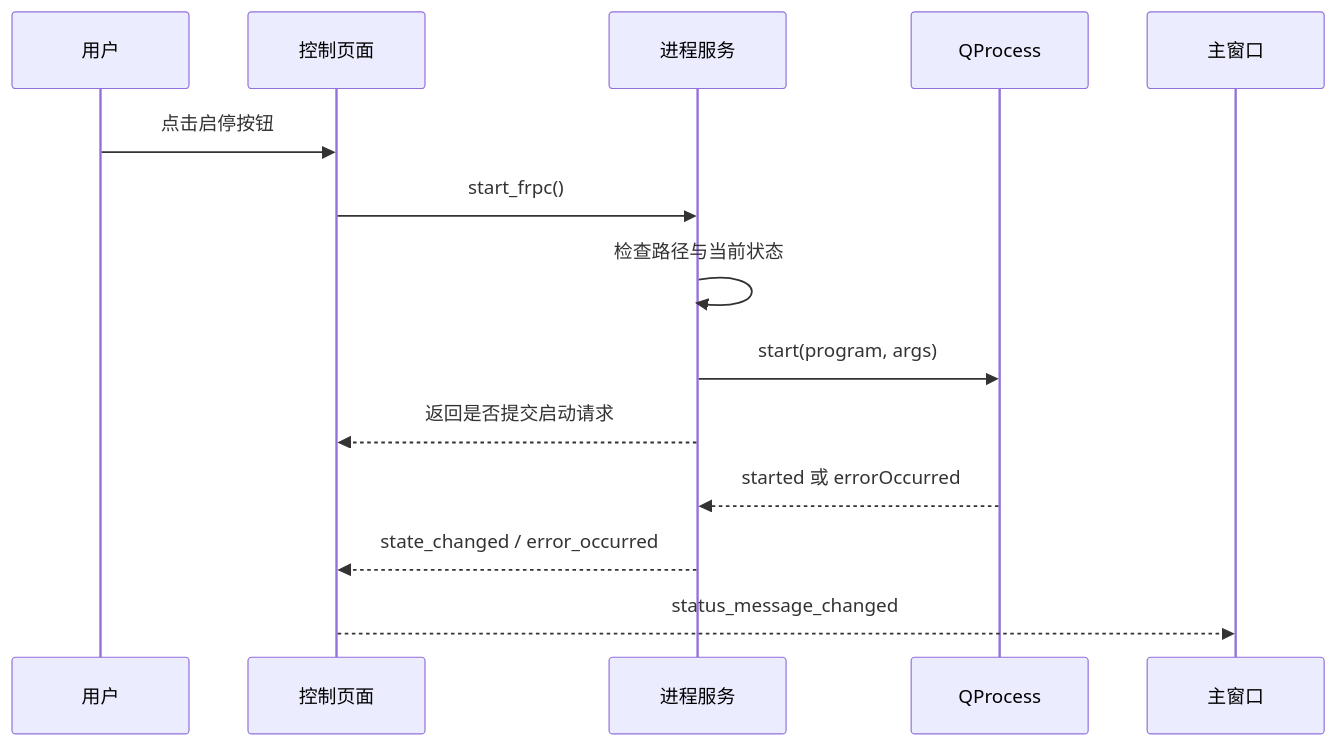
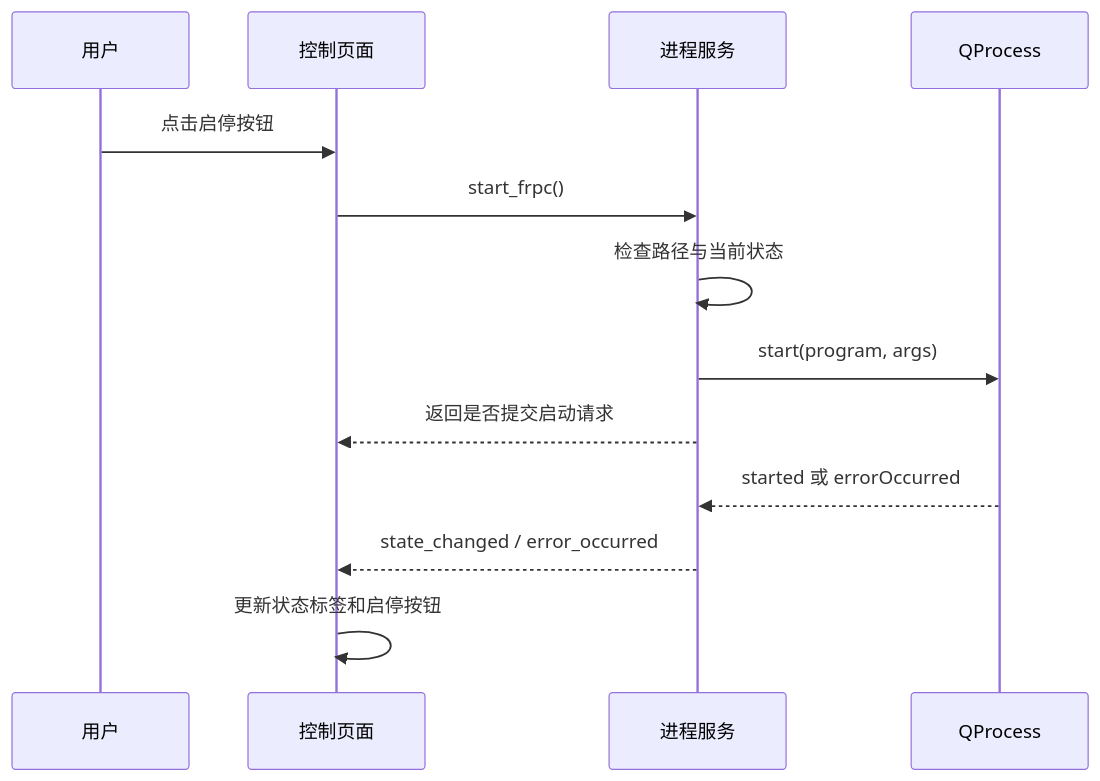
One commit to BigSheep261/EasyFrp changed the diagram in docs/Book/26_从教材走进EasyFrp源码.md. Above: the diagram before and after it, drawn with Mermaid. The commit also changed other lines of this file and 7 other files, not shown here.

````diff
--- a/docs/Book/26_从教材走进EasyFrp源码.md
+++ b/docs/Book/26_从教材走进EasyFrp源码.md
@@ -35,16 +37,15 @@
 ```mermaid
 sequenceDiagram
     participant U as 用户
     participant P as 控制页面
     participant S as 进程服务
     participant Q as QProcess
-    participant W as 主窗口
     U->>P: 点击启停按钮
     P->>S: start_frpc()
     S->>S: 检查路径与当前状态
     S->>Q: start(program, args)
     S-->>P: 返回是否提交启动请求
     Q-->>S: started 或 errorOccurred
     S-->>P: state_changed / error_occurred
-    P-->>W: status_message_changed
+    P->>P: 更新状态标签和启停按钮
 ```
````
